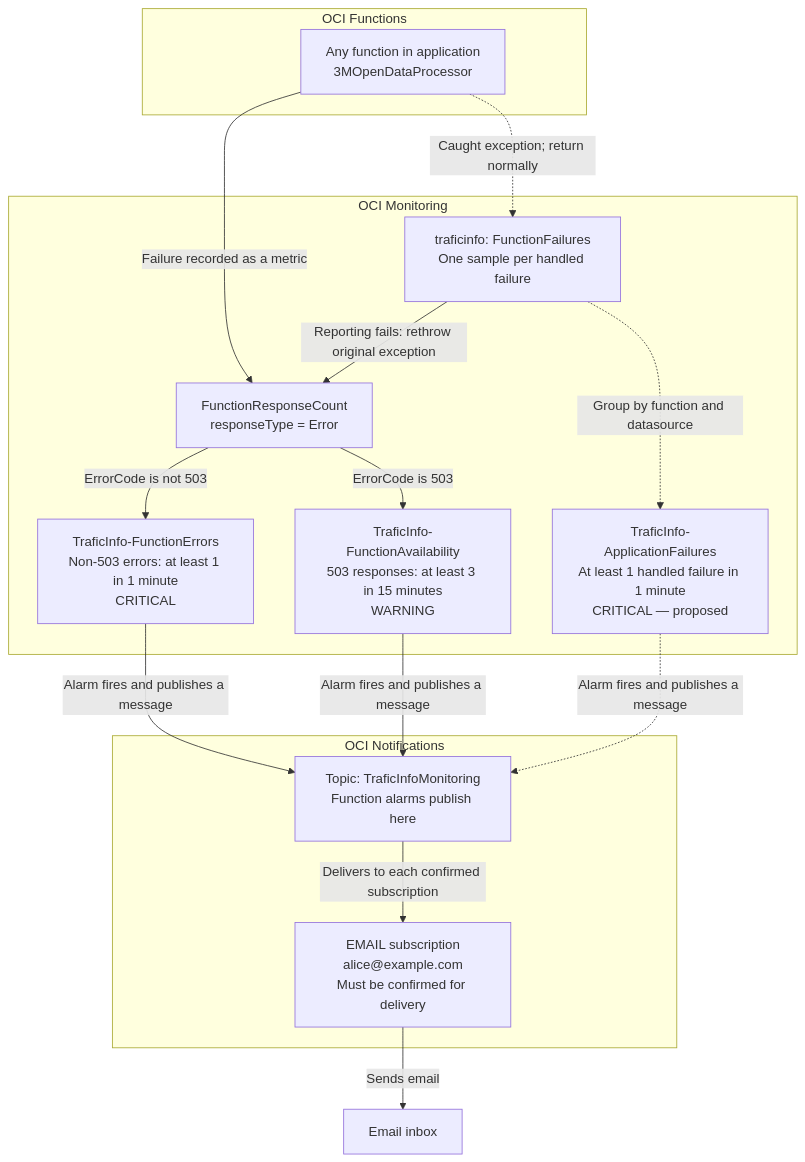
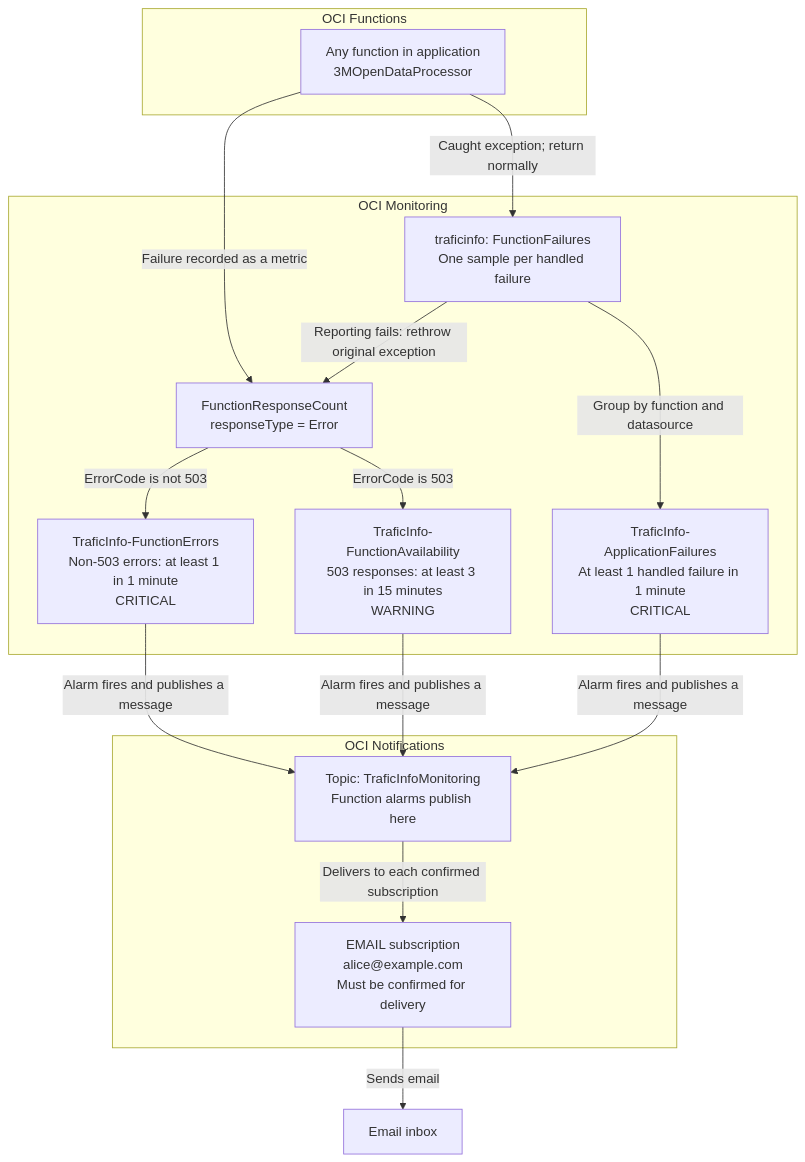
One commit to arnaudq/traficinfo changed the diagram in specs/monitoring.md. Above: the diagram before and after it, drawn with Mermaid. The commit also changed other lines of this file and 15 other files, not shown here.

````diff
--- a/specs/monitoring.md
+++ b/specs/monitoring.md
@@ -229,33 +228,33 @@
 ```mermaid
 flowchart TD
     subgraph functions["OCI Functions"]
         F["Any function in application<br/>3MOpenDataProcessor"]
     end
 
     subgraph monitoring["OCI Monitoring"]
         M["FunctionResponseCount<br/>responseType = Error"]
         A["TraficInfo-FunctionErrors<br/>Non-503 errors: at least 1 in 1 minute<br/>CRITICAL"]
         B["TraficInfo-FunctionAvailability<br/>503 responses: at least 3 in 15 minutes<br/>WARNING"]
         C["traficinfo: FunctionFailures<br/>One sample per handled failure"]
-        D["TraficInfo-ApplicationFailures<br/>At least 1 handled failure in 1 minute<br/>CRITICAL — proposed"]
+        D["TraficInfo-ApplicationFailures<br/>At least 1 handled failure in 1 minute<br/>CRITICAL"]
     end
 
     subgraph notifications["OCI Notifications"]
         T["Topic: TraficInfoMonitoring<br/>Function alarms publish here"]
         S["EMAIL subscription<br/>alice@example.com<br/>Must be confirmed for delivery"]
     end
 
     E["Email inbox"]
 
     F -->|"Failure recorded as a metric"| M
     M -->|"ErrorCode is not 503"| A
     M -->|"ErrorCode is 503"| B
     A -->|"Alarm fires and publishes a message"| T
     B -->|"Alarm fires and publishes a message"| T
-    F -.->|"Caught exception; return normally"| C
-    C -.->|"Group by function and datasource"| D
+    F -->|"Caught exception; return normally"| C
+    C -->|"Group by function and datasource"| D
     C -->|"Reporting fails: rethrow original exception"| M
-    D -.->|"Alarm fires and publishes a message"| T
+    D -->|"Alarm fires and publishes a message"| T
     T -->|"Delivers to each confirmed subscription"| S
     S -->|"Sends email"| E
 ```
````
